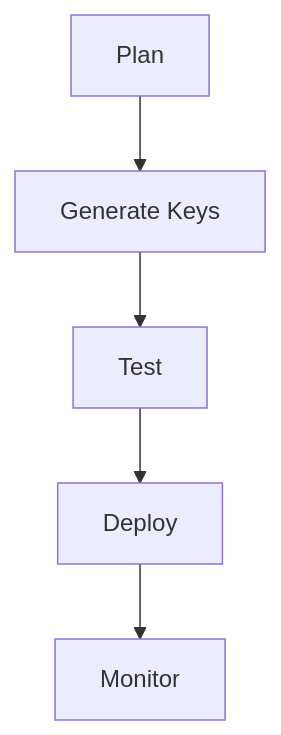
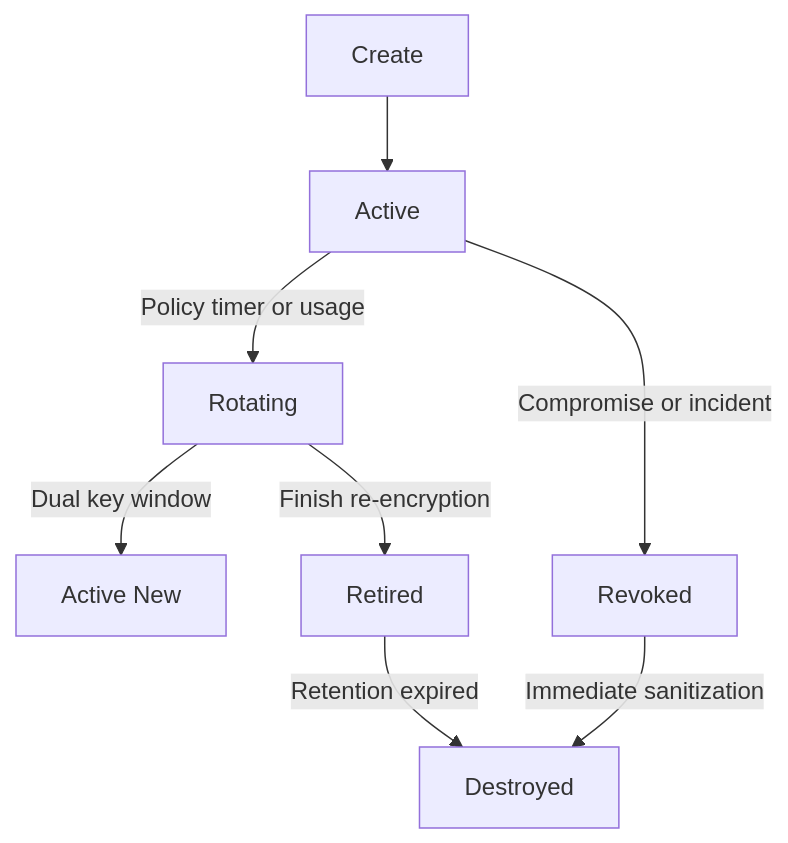
The third of 5 diagrams in docs/WORKFLOWS.md (xpsio/XPScerpto), drawn with Mermaid before and after one commit. The commit also changed other lines of this file, not shown here.

````diff
--- a/docs/WORKFLOWS.md
+++ b/docs/WORKFLOWS.md
@@ -7,7 +187,10 @@
 ```mermaid
 flowchart TD
-  A[Plan] --> B[Generate Keys]
-  B --> C[Test]
-  C --> D[Deploy]
-  D --> E[Monitor]
+    C[Create] --> A[Active]
+    A -- Policy timer or usage --> R[Rotating]
+    R -- Dual key window --> AR[Active New]
+    R -- Finish re-encryption --> RT[Retired]
+    A -- Compromise or incident --> V[Revoked]
+    RT -- Retention expired --> D[Destroyed]
+    V -- Immediate sanitization --> D
 ```
````
